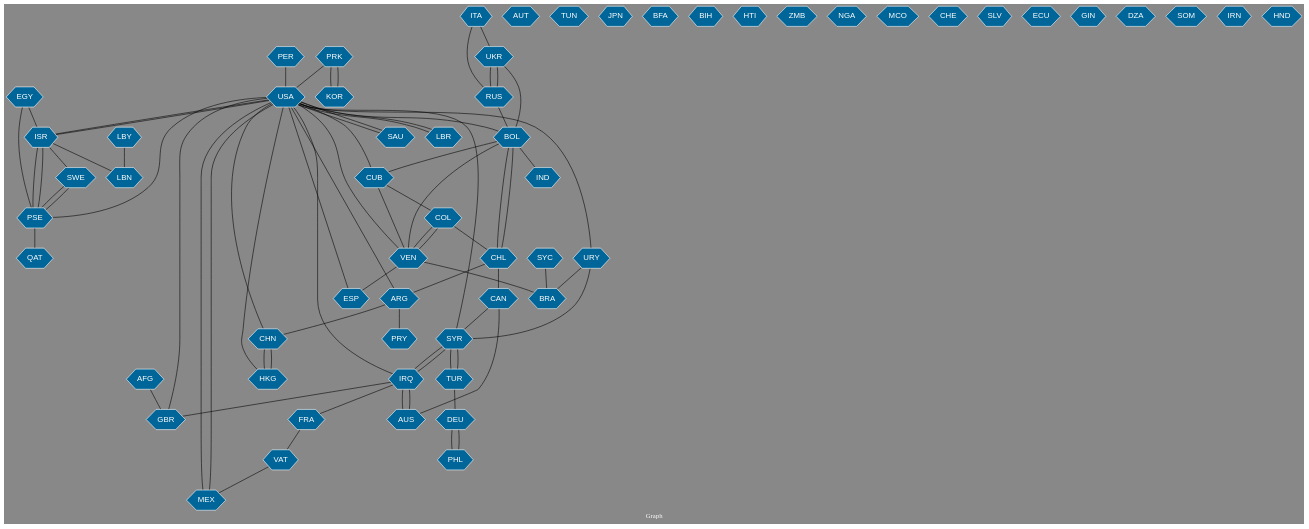
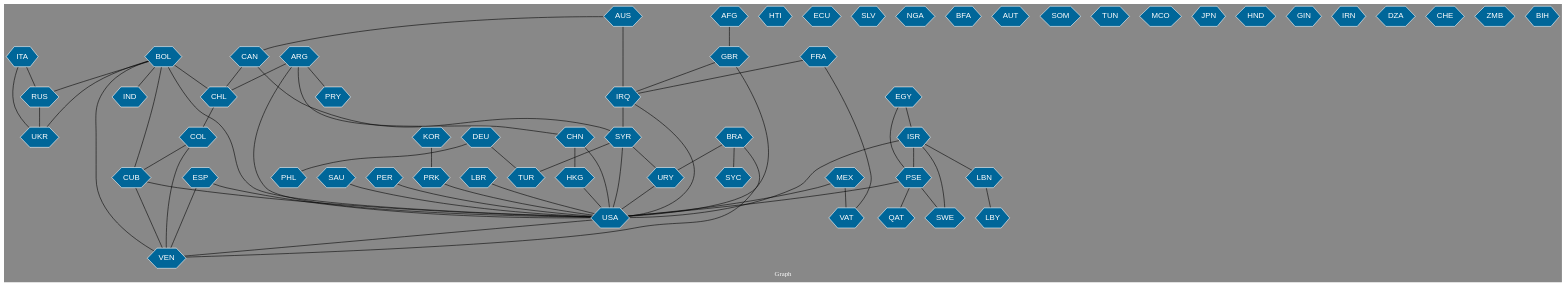
One commit to michal3141/geomedia changed the diagram in images/es_CHL_tercer_int/countries_together_in_item_2014-10-01 00-00-00_2014-11-01 00-00-00.gv. Above: the diagram before and after it, drawn with Graphviz. The commit also changed 1286 other files, not shown here.

Commit message:
Fixing the way graphs are created

```diff
--- a/images/es_CHL_tercer_int/countries_together_in_item_2014-10-01 00-00-00_2014-11-01 00-00-00.gv
+++ b/images/es_CHL_tercer_int/countries_together_in_item_2014-10-01 00-00-00_2014-11-01 00-00-00.gv
@@ -1,142 +1,127 @@
 // Countries together in item graph
 graph {
 	graph [bgcolor="#888888" fontcolor=white fontsize=12 label="Graph" outputorder=edgesfirst overlap=prism]
 	node [color=white fillcolor="#006699" fontcolor=white fontname=Helvetica shape=hexagon style=filled]
 	edge [arrowhead=open color=black fontcolor=white fontname=Courier fontsize=12]
+		URY [label=URY]
+		SAU [label=SAU]
+		USA [label=USA]
+		IRQ [label=IRQ]
+		SYR [label=SYR]
+		ARG [label=ARG]
+		SWE [label=SWE]
+		IND [label=IND]
+		BOL [label=BOL]
+		HTI [label=HTI]
+		DEU [label=DEU]
+		ITA [label=ITA]
+		BRA [label=BRA]
+		PER [label=PER]
+		UKR [label=UKR]
+		PRK [label=PRK]
+		RUS [label=RUS]
+		VAT [label=VAT]
+		PHL [label=PHL]
+		COL [label=COL]
+		MEX [label=MEX]
+		HKG [label=HKG]
+		CHN [label=CHN]
+		AFG [label=AFG]
+		VEN [label=VEN]
+		ESP [label=ESP]
+		CAN [label=CAN]
+		TUR [label=TUR]
 		GBR [label=GBR]
-		BOL [label=BOL]
-		IND [label=IND]
-		BRA [label=BRA]
-		MEX [label=MEX]
-		SYR [label=SYR]
-		USA [label=USA]
-		HKG [label=HKG]
-		IRQ [label=IRQ]
-		COL [label=COL]
-		URY [label=URY]
+		KOR [label=KOR]
+		EGY [label=EGY]
+		ISR [label=ISR]
+		LBR [label=LBR]
+		ECU [label=ECU]
+		CUB [label=CUB]
+		PRY [label=PRY]
+		SLV [label=SLV]
+		SYC [label=SYC]
+		NGA [label=NGA]
+		CHL [label=CHL]
+		BFA [label=BFA]
 		AUT [label=AUT]
+		SOM [label=SOM]
+		PSE [label=PSE]
 		TUN [label=TUN]
 		AUS [label=AUS]
+		MCO [label=MCO]
+		JPN [label=JPN]
+		LBN [label=LBN]
+		HND [label=HND]
+		QAT [label=QAT]
+		GIN [label=GIN]
+		LBY [label=LBY]
+		IRN [label=IRN]
 		FRA [label=FRA]
-		VAT [label=VAT]
-		ISR [label=ISR]
-		SWE [label=SWE]
-		CUB [label=CUB]
-		ESP [label=ESP]
-		ARG [label=ARG]
-		CAN [label=CAN]
-		JPN [label=JPN]
-		PSE [label=PSE]
-		KOR [label=KOR]
-		AFG [label=AFG]
-		UKR [label=UKR]
-		RUS [label=RUS]
-		PRK [label=PRK]
-		VEN [label=VEN]
-		CHN [label=CHN]
-		DEU [label=DEU]
-		PER [label=PER]
-		PHL [label=PHL]
-		BFA [label=BFA]
-		CHL [label=CHL]
-		TUR [label=TUR]
+		DZA [label=DZA]
+		CHE [label=CHE]
+		ZMB [label=ZMB]
 		BIH [label=BIH]
-		ITA [label=ITA]
-		SAU [label=SAU]
-		HTI [label=HTI]
-		LBR [label=LBR]
-		EGY [label=EGY]
-		ZMB [label=ZMB]
-		NGA [label=NGA]
-		LBN [label=LBN]
-		PRY [label=PRY]
-		QAT [label=QAT]
-		MCO [label=MCO]
-		CHE [label=CHE]
-		SLV [label=SLV]
-		ECU [label=ECU]
-		GIN [label=GIN]
-		DZA [label=DZA]
-		LBY [label=LBY]
-		SOM [label=SOM]
-		IRN [label=IRN]
-		SYC [label=SYC]
-		HND [label=HND]
-			CHL -- CAN [weight=1]
-			PSE -- SWE [weight=1]
-			USA -- ISR [weight=2]
+			PSE -- SWE [weight=4]
+			MEX -- USA [weight=2]
 			SYR -- USA [weight=1]
-			LBR -- USA [weight=1]
-			KOR -- PRK [weight=3]
+			CUB -- VEN [weight=1]
+			KOR -- PRK [weight=7]
+			ISR -- PSE [weight=7]
+			SYR -- TUR [weight=6]
+			USA -- VEN [weight=1]
+			COL -- CUB [weight=1]
+			CHN -- USA [weight=2]
+			HKG -- USA [weight=1]
+			EGY -- PSE [weight=1]
+			DEU -- PHL [weight=4]
+			LBN -- LBY [weight=1]
+			CHL -- COL [weight=1]
+			AUS -- CAN [weight=1]
+			PSE -- QAT [weight=2]
+			IRQ -- USA [weight=2]
+			ARG -- USA [weight=1]
+			URY -- USA [weight=1]
+			EGY -- ISR [weight=1]
+			BOL -- VEN [weight=2]
+			ARG -- PRY [weight=1]
+			SYR -- URY [weight=1]
+			FRA -- VAT [weight=1]
+			ESP -- VEN [weight=1]
+			FRA -- IRQ [weight=1]
+			COL -- VEN [weight=2]
+			ARG -- CHL [weight=1]
+			AFG -- GBR [weight=1]
+			DEU -- TUR [weight=1]
 			ITA -- RUS [weight=1]
-			SYR -- TUR [weight=5]
-			UKR -- RUS [weight=7]
-			USA -- BOL [weight=1]
-			SWE -- PSE [weight=3]
-			CHN -- USA [weight=2]
-			USA -- LBR [weight=1]
-			IRQ -- AUS [weight=1]
-			DEU -- PHL [weight=1]
-			EGY -- PSE [weight=1]
-			SYC -- BRA [weight=1]
-			ARG -- USA [weight=1]
-			PSE -- QAT [weight=2]
-			CAN -- AUS [weight=1]
-			CHL -- ARG [weight=1]
-			USA -- HKG [weight=1]
-			VEN -- BOL [weight=2]
-			URY -- SYR [weight=1]
-			VEN -- COL [weight=1]
-			TUR -- SYR [weight=1]
-			EGY -- ISR [weight=1]
-			USA -- GBR [weight=1]
-			URY -- BRA [weight=1]
-			ISR -- USA [weight=1]
-			TUR -- DEU [weight=1]
-			FRA -- VAT [weight=1]
+			GBR -- USA [weight=1]
+			BOL -- UKR [weight=1]
+			AUS -- IRQ [weight=3]
+			BOL -- IND [weight=1]
+			PER -- USA [weight=1]
+			RUS -- UKR [weight=13]
+			PSE -- USA [weight=3]
+			ITA -- UKR [weight=1]
+			IRQ -- SYR [weight=4]
+			LBR -- USA [weight=2]
+			CUB -- USA [weight=2]
+			CAN -- SYR [weight=1]
+			ISR -- USA [weight=3]
+			BRA -- VEN [weight=1]
+			BOL -- CHL [weight=4]
+			BOL -- RUS [weight=1]
+			BRA -- SYC [weight=1]
+			MEX -- VAT [weight=1]
+			CHN -- HKG [weight=8]
+			ESP -- USA [weight=1]
+			BRA -- URY [weight=1]
+			PRK -- USA [weight=1]
+			BOL -- CUB [weight=1]
 			ARG -- CHN [weight=1]
-			VAT -- MEX [weight=1]
-			USA -- SAU [weight=1]
-			AFG -- GBR [weight=1]
-			COL -- VEN [weight=1]
-			VEN -- USA [weight=1]
-			UKR -- BOL [weight=1]
-			MEX -- USA [weight=1]
-			USA -- IRQ [weight=2]
-			AUS -- IRQ [weight=2]
-			USA -- MEX [weight=1]
-			BOL -- IND [weight=1]
-			BOL -- CUB [weight=1]
-			PHL -- DEU [weight=3]
-			USA -- CUB [weight=2]
-			PER -- USA [weight=1]
-			PRK -- KOR [weight=4]
-			RUS -- UKR [weight=6]
-			CHL -- BOL [weight=2]
-			IRQ -- SYR [weight=3]
-			RUS -- BOL [weight=1]
-			PSE -- ISR [weight=3]
-			HKG -- CHN [weight=4]
-			CAN -- SYR [weight=1]
-			IRQ -- GBR [weight=1]
-			SYR -- IRQ [weight=1]
-			USA -- PSE [weight=3]
-			BOL -- CHL [weight=2]
-			VEN -- BRA [weight=1]
-			ITA -- UKR [weight=1]
-			VEN -- ESP [weight=1]
-			USA -- URY [weight=1]
-			IRQ -- FRA [weight=1]
-			CUB -- COL [weight=1]
-			ESP -- USA [weight=1]
-			LBY -- LBN [weight=1]
-			PRK -- USA [weight=1]
-			ISR -- PSE [weight=4]
-			ARG -- PRY [weight=1]
-			COL -- CHL [weight=1]
-			CHN -- HKG [weight=4]
+			GBR -- IRQ [weight=1]
+			BOL -- USA [weight=1]
 			ISR -- LBN [weight=1]
-			VEN -- CUB [weight=1]
+			CAN -- CHL [weight=1]
 			ISR -- SWE [weight=3]
-			SAU -- USA [weight=1]
+			SAU -- USA [weight=2]
 }
```
